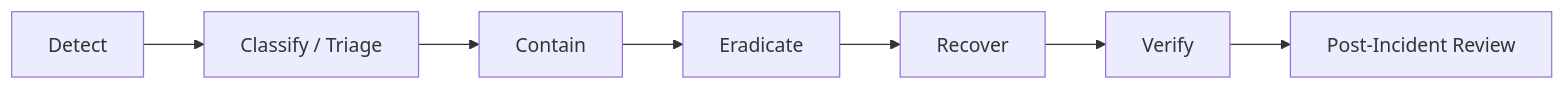
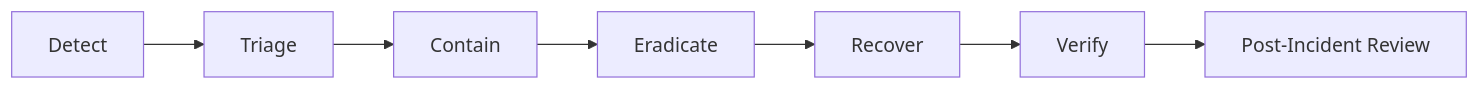
Before and after one commit to D-engahmed/OMILINKS: the diagram in docs/security/incident-response.md, drawn with Mermaid. The commit also changed other lines of this file and 4 other files, not shown here.

```diff
--- a/docs/security/incident-response.md
+++ b/docs/security/incident-response.md
@@ -19,9 +17,9 @@
 ~~~mermaid
 flowchart LR
-DETECT[Detect] --> TRIAGE[Classify / Triage]
+DETECT[Detect] --> TRIAGE[Triage]
 TRIAGE --> CONTAIN[Contain]
 CONTAIN --> ERADICATE[Eradicate]
 ERADICATE --> RECOVER[Recover]
 RECOVER --> VERIFY[Verify]
-VERIFY --> LEARN[Post-Incident Review]
+VERIFY --> REVIEW[Post-Incident Review]
 ~~~
```
